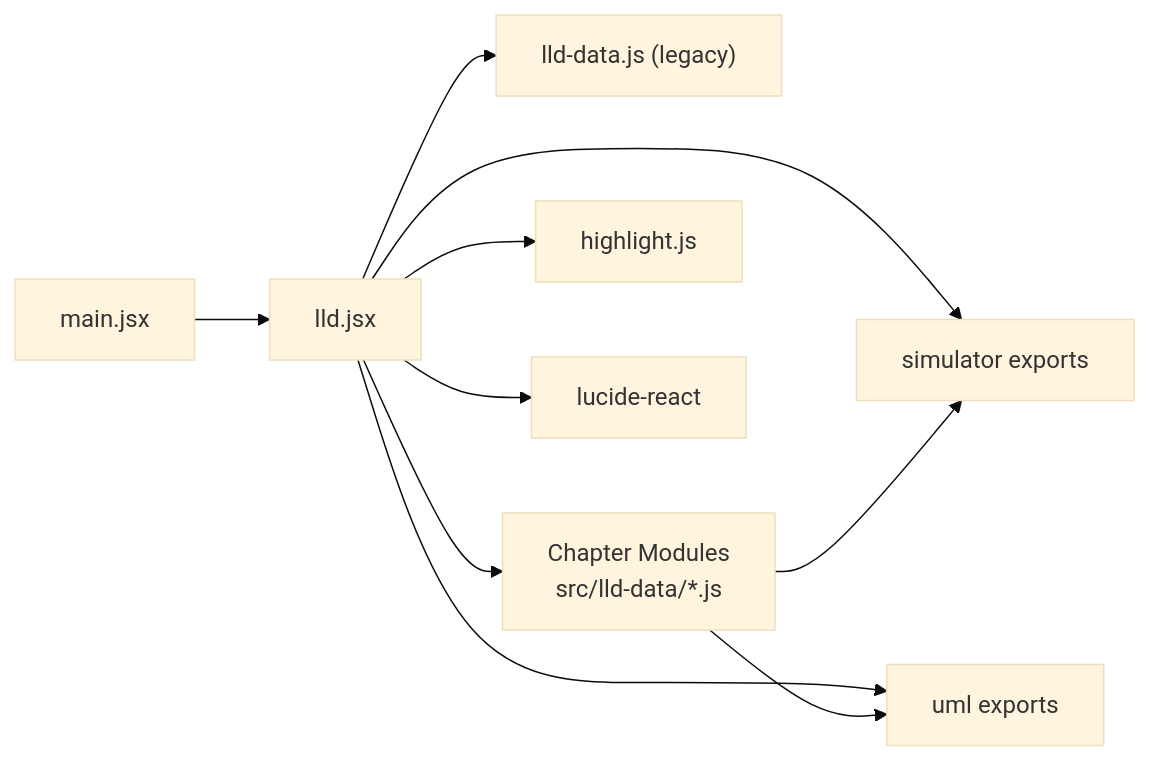
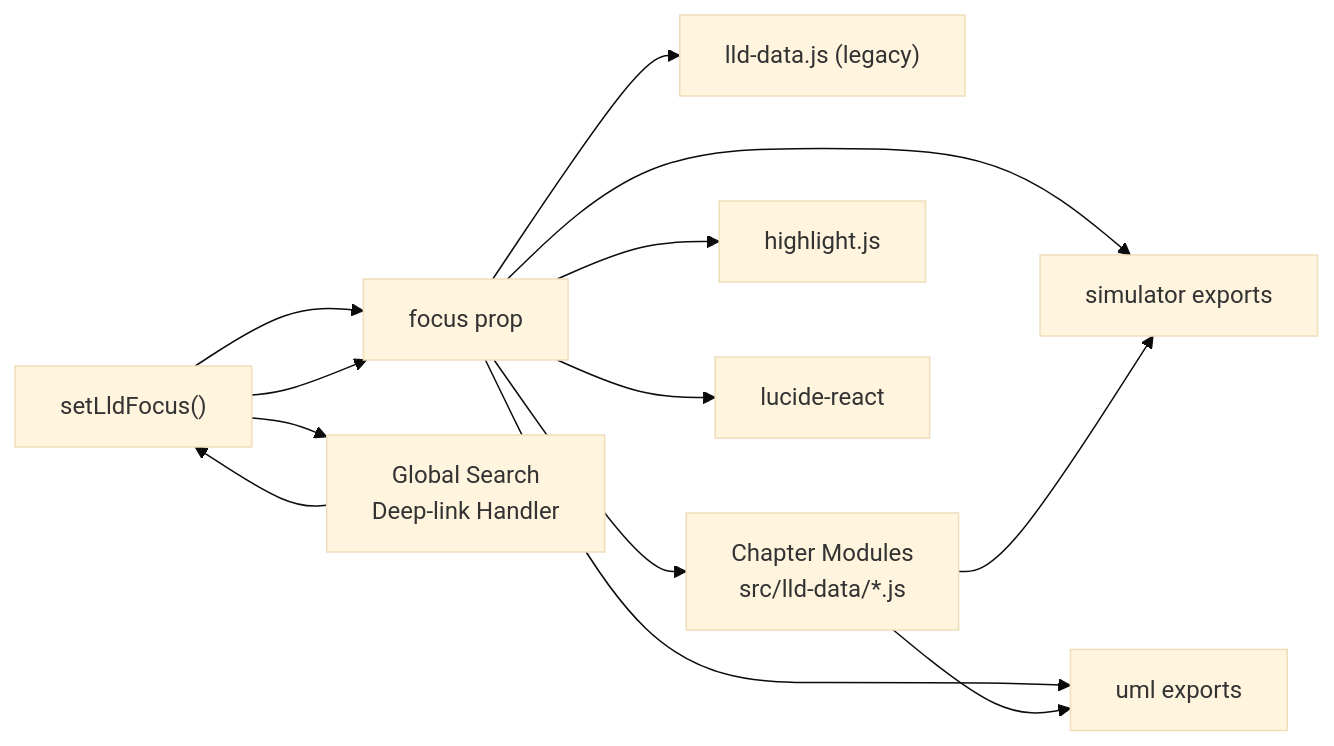
One commit to iamrituraj/DSA-Tracker changed the fourth of 4 diagrams in .qoder/repowiki/en/content/Frontend Application/LLD Lab Component.md. Above: the diagram before and after it, drawn with Mermaid (base theme). The commit also changed other lines of this file and 8 other files, not shown here.

````diff
--- a/.qoder/repowiki/en/content/Frontend Application/LLD Lab Component.md
+++ b/.qoder/repowiki/en/content/Frontend Application/LLD Lab Component.md
@@ -360,12 +393,15 @@
 ```mermaid
 graph LR
 Main["main.jsx"] --> LLD["lld.jsx"]
+Main --> Search["Global Search<br/>Deep-link Handler"]
 LLD --> Data["lld-data.js (legacy)"]
 LLD --> ChapterData["Chapter Modules<br/>src/lld-data/*.js"]
 LLD --> Sim["lld-sim.jsx"]
 LLD --> UML["lld-uml.jsx"]
 LLD --> HL["highlight.js"]
 LLD --> Icons["lucide-react"]
+Search --> Main["setLldFocus()"]
+Main --> LLD["focus prop"]
 ChapterData --> Sim["simulator exports"]
 ChapterData --> UML["uml exports"]
 ```
````
